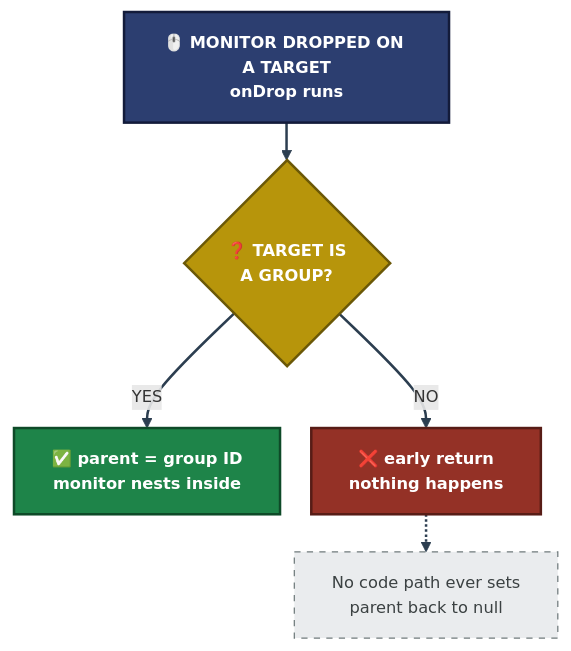
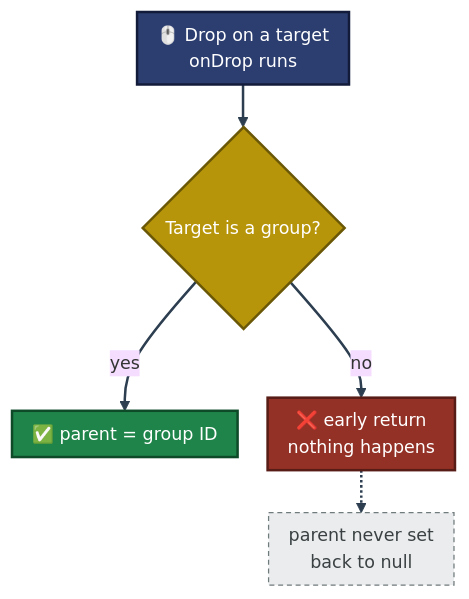
One commit to malaika-azhar/Real-World-Tier2-Support-Projects changed the second of 4 diagrams in project-4-uptime-kuma-open-source-contribution/README.md. Above: the diagram before and after it, drawn with Mermaid. The commit also changed other lines of this file, not shown here.

````diff
--- a/project-4-uptime-kuma-open-source-contribution/README.md
+++ b/project-4-uptime-kuma-open-source-contribution/README.md
@@ -407,15 +401,14 @@
 ```mermaid
-%%{init: {'flowchart': {'nodeSpacing': 25, 'rankSpacing': 30, 'htmlLabels': true}, 'themeVariables': {'fontSize': '13px'}}}%%
+%%{init: {'theme': 'base', 'themeVariables': {'fontSize': '14px'}, 'flowchart': {'nodeSpacing': 24, 'rankSpacing': 34, 'padding': 8}}}%%
 flowchart TB
-    D["🖱️ MONITOR DROPPED ON A TARGET<br/>onDrop runs"]:::start --> Q{"❓ TARGET IS<br/>A GROUP?"}:::q
-    Q -->|YES| Y["✅ parent = group ID<br/>monitor nests inside"]:::ok
-    Q -->|NO| N["❌ early return<br/>nothing happens"]:::bad
-    N -.-> X["No code path ever sets<br/>parent back to null"]:::note
-
-    classDef start fill:#2C3E70,stroke:#131B3A,stroke-width:2px,color:#FFFFFF,font-weight:bold
-    classDef q fill:#B7950B,stroke:#6B5807,stroke-width:2px,color:#FFFFFF,font-weight:bold
-    classDef ok fill:#1E8449,stroke:#0E4A28,stroke-width:2px,color:#FFFFFF,font-weight:bold
-    classDef bad fill:#943126,stroke:#571C16,stroke-width:2px,color:#FFFFFF,font-weight:bold
-    classDef note fill:#EAECEE,stroke:#707B7C,color:#3B4142,stroke-dasharray: 5 5
+    D["🖱️ Drop on a target<br/>onDrop runs"]:::start --> Q{"Target is a group?"}:::q
+    Q -->|yes| Y["✅ parent = group ID"]:::ok
+    Q -->|no| N["❌ early return<br/>nothing happens"]:::bad
+    N -.-> X["parent never set<br/>back to null"]:::note
+    classDef start fill:#2C3E70,stroke:#131B3A,stroke-width:2px,color:#FFFFFF
+    classDef q fill:#B7950B,stroke:#6B5807,stroke-width:2px,color:#FFFFFF
+    classDef ok fill:#1E8449,stroke:#0E4A28,stroke-width:2px,color:#FFFFFF
+    classDef bad fill:#943126,stroke:#571C16,stroke-width:2px,color:#FFFFFF
+    classDef note fill:#EAECEE,stroke:#707B7C,color:#3B4142,stroke-dasharray: 4 3
     linkStyle default stroke:#2C3E50,stroke-width:2px
 ```
````
